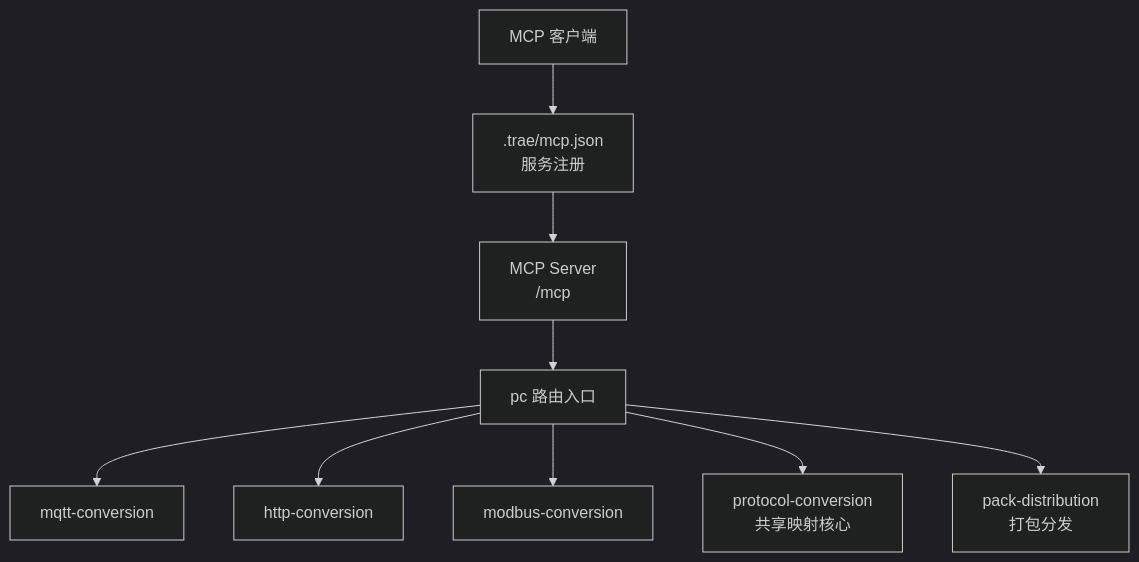
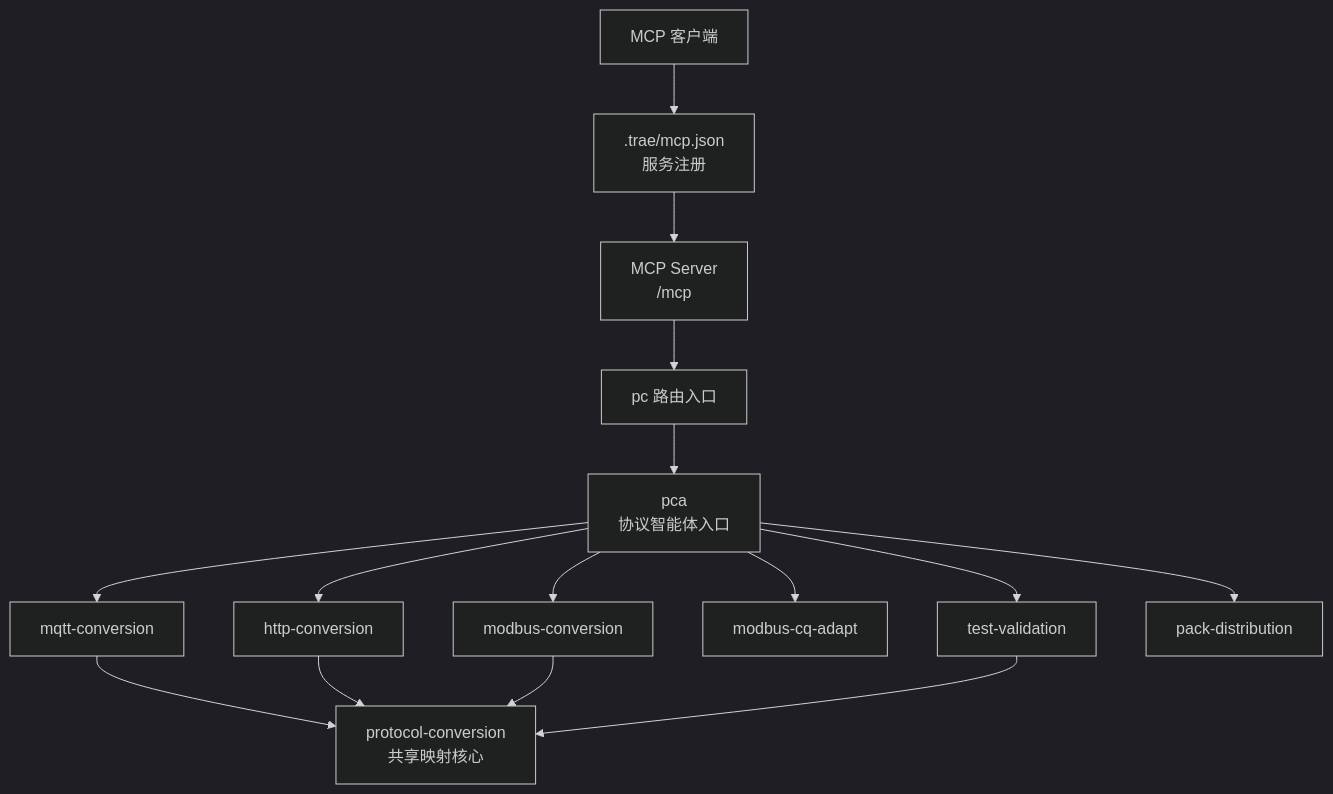
Before and after one commit to rookie-wind/web_ai: the first of 12 diagrams in .qoder/repowiki/zh/content/技能包系统/技能包系统.md, drawn with Mermaid (dark theme). The commit also changed other lines of this file and 117 other files, not shown here.

````diff
--- a/.qoder/repowiki/zh/content/技能包系统/技能包系统.md
+++ b/.qoder/repowiki/zh/content/技能包系统/技能包系统.md
@@ -35,11 +51,17 @@
 ```mermaid
 graph TB
 A["MCP 客户端"] --> B[".trae/mcp.json<br/>服务注册"]
 B --> C["MCP Server<br/>/mcp"]
 C --> D["pc 路由入口"]
-D --> E["mqtt-conversion"]
-D --> F["http-conversion"]
-D --> G["modbus-conversion"]
-D --> H["protocol-conversion<br/>共享映射核心"]
-D --> I["pack-distribution<br/>打包分发"]
+D --> E["pca<br/>协议智能体入口"]
+E --> F["mqtt-conversion"]
+E --> G["http-conversion"]
+E --> H["modbus-conversion"]
+E --> I["modbus-cq-adapt"]
+E --> J["test-validation"]
+E --> K["pack-distribution"]
+F --> L["protocol-conversion<br/>共享映射核心"]
+G --> L
+H --> L
+J --> L
 ```
````
